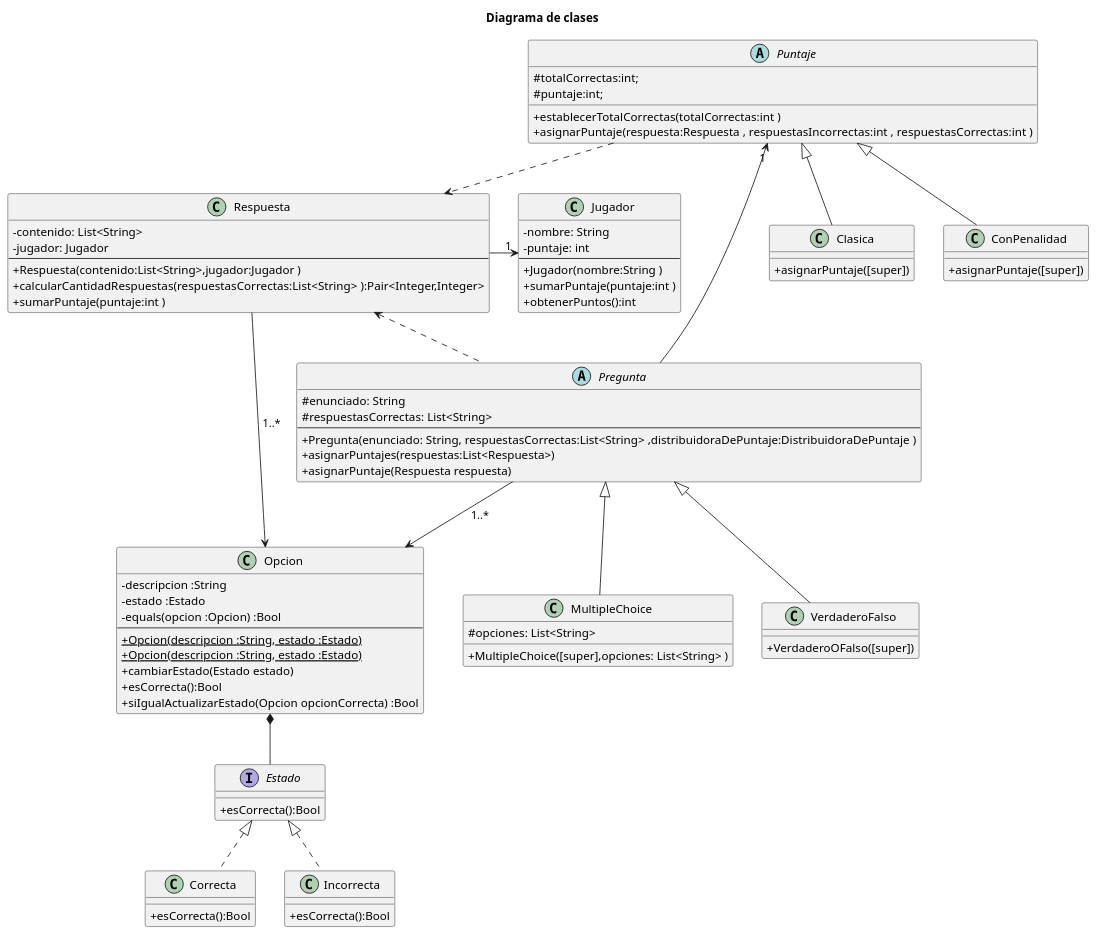
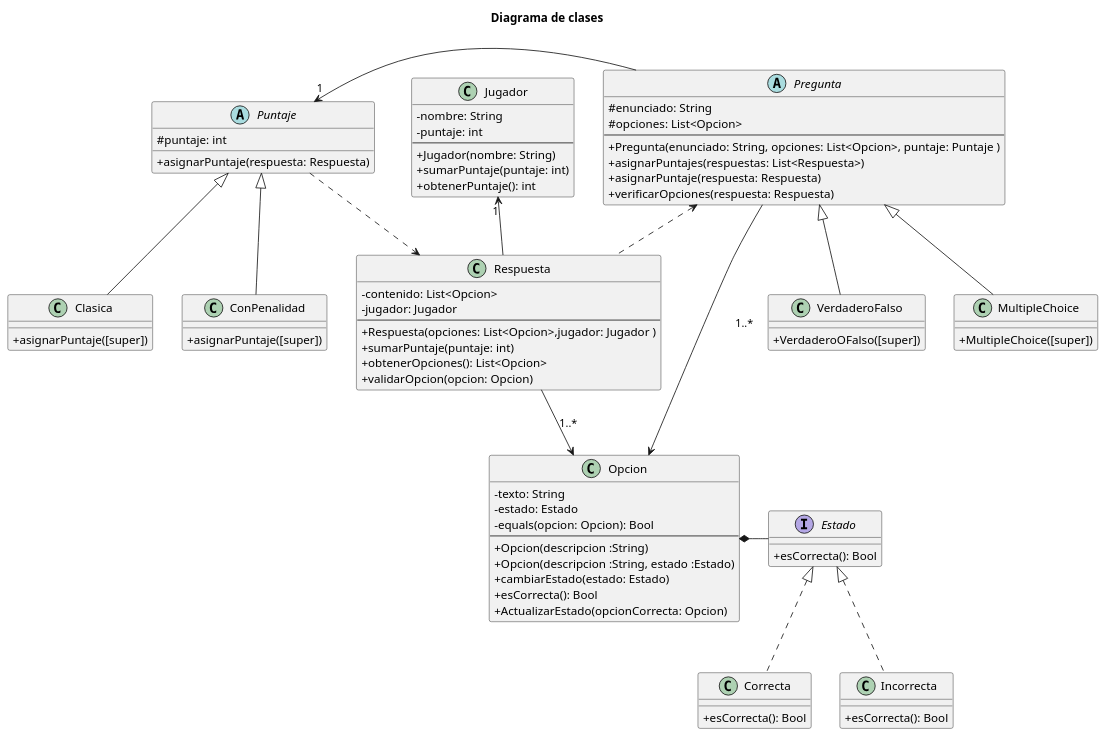
One commit to laldonate96/Algo3-TP2 changed the diagram in diagrams/classes/diagrama_clase_entrega_1.puml. Above: the diagram before and after it, drawn with PlantUML. The commit also changed 26 other files, not shown here.

Commit message:
Reestructuracion repo, fix diagrama de clases y modelo final de entrega1

```diff
--- a/diagrams/classes/diagrama_clase_entrega_1.puml
+++ b/diagrams/classes/diagrama_clase_entrega_1.puml
@@ -1,88 +1,87 @@
 @startuml diagrama de clases
 skinparam classAttributeIconSize 0
 title Diagrama de clases
 
 class Jugador{
     - nombre: String
     - puntaje: int
     ---
-    + Jugador(nombre:String )
-    + sumarPuntaje(puntaje:int )
-    + obtenerPuntos():int
+    + Jugador(nombre: String)
+    + sumarPuntaje(puntaje: int)
+    + obtenerPuntaje(): int
 }
 
 Class Respuesta {
-    - contenido: List<String>
+    - contenido: List<Opcion>
     - jugador: Jugador
     ---
-    + Respuesta(contenido:List<String>,jugador:Jugador )
-    + calcularCantidadRespuestas(respuestasCorrectas:List<String> ):Pair<Integer,Integer>
-    + sumarPuntaje(puntaje:int )
+    + Respuesta(opciones: List<Opcion>,jugador: Jugador )
+    + sumarPuntaje(puntaje: int)
+    + obtenerOpciones(): List<Opcion>
+    + validarOpcion(opcion: Opcion)
 }
 
  abstract class Puntaje {
-     #totalCorrectas:int;
-     #puntaje:int;
-     + establecerTotalCorrectas(totalCorrectas:int )
-     + asignarPuntaje(respuesta:Respuesta , respuestasIncorrectas:int , respuestasCorrectas:int )
+     # puntaje: int
+     + asignarPuntaje(respuesta: Respuesta)
 }
 
 class Clasica extends Puntaje{
      + asignarPuntaje([super])
 }
 
 class ConPenalidad extends Puntaje{
      + asignarPuntaje([super])
 }
 
 abstract class Pregunta {
     # enunciado: String
-    # respuestasCorrectas: List<String>
+    # opciones: List<Opcion>
     ---
-    + Pregunta(enunciado: String, respuestasCorrectas:List<String> ,distribuidoraDePuntaje:DistribuidoraDePuntaje )
-    + asignarPuntajes(respuestas:List<Respuesta>)
-    + asignarPuntaje(Respuesta respuesta)
+    + Pregunta(enunciado: String, opciones: List<Opcion>, puntaje: Puntaje )
+    + asignarPuntajes(respuestas: List<Respuesta>)
+    + asignarPuntaje(respuesta: Respuesta)
+    + verificarOpciones(respuesta: Respuesta)
 }
 
 class VerdaderoFalso extends Pregunta {
     +VerdaderoOFalso([super])
 }
 
 class MultipleChoice extends Pregunta {
-    #opciones: List<String>
-    +MultipleChoice([super],opciones: List<String> )
+    +MultipleChoice([super])
     }
 
 class Opcion {
-    -descripcion :String
-    -estado :Estado
-    -equals(opcion :Opcion) :Bool
+    -texto: String
+    -estado: Estado
+    -equals(opcion: Opcion): Bool
     ---
-    {static}+ Opcion(descripcion :String, estado :Estado)
-    {static}+ Opcion(descripcion :String, estado :Estado)
-    +cambiarEstado(Estado estado)
-    +esCorrecta():Bool
-    +siIgualActualizarEstado(Opcion opcionCorrecta) :Bool
+    + Opcion(descripcion :String)
+    + Opcion(descripcion :String, estado :Estado)
+    + cambiarEstado(estado: Estado)
+    + esCorrecta(): Bool
+    + ActualizarEstado(opcionCorrecta: Opcion)
 }
 
 interface Estado{
-    +esCorrecta():Bool
+    + esCorrecta(): Bool
 }
 
 class Correcta implements Estado{
-    +esCorrecta():Bool   
+    + esCorrecta(): Bool   
 }
 
 class Incorrecta implements Estado{
-    +esCorrecta():Bool
+    + esCorrecta(): Bool
 }
 
-Jugador "1" <- Respuesta
+Jugador "1" <-d- Respuesta
 Pregunta -l-> "1" Puntaje
-Respuesta <.. Pregunta
+Respuesta .l.> Pregunta
 Puntaje ..> Respuesta
-Opcion *-- Estado
-Pregunta -d-> Opcion: "1..*"
+Opcion *-r- Estado
+Pregunta ---> Opcion: "1..*"
 Respuesta -> Opcion:"1..*"
 
 @enduml
```
